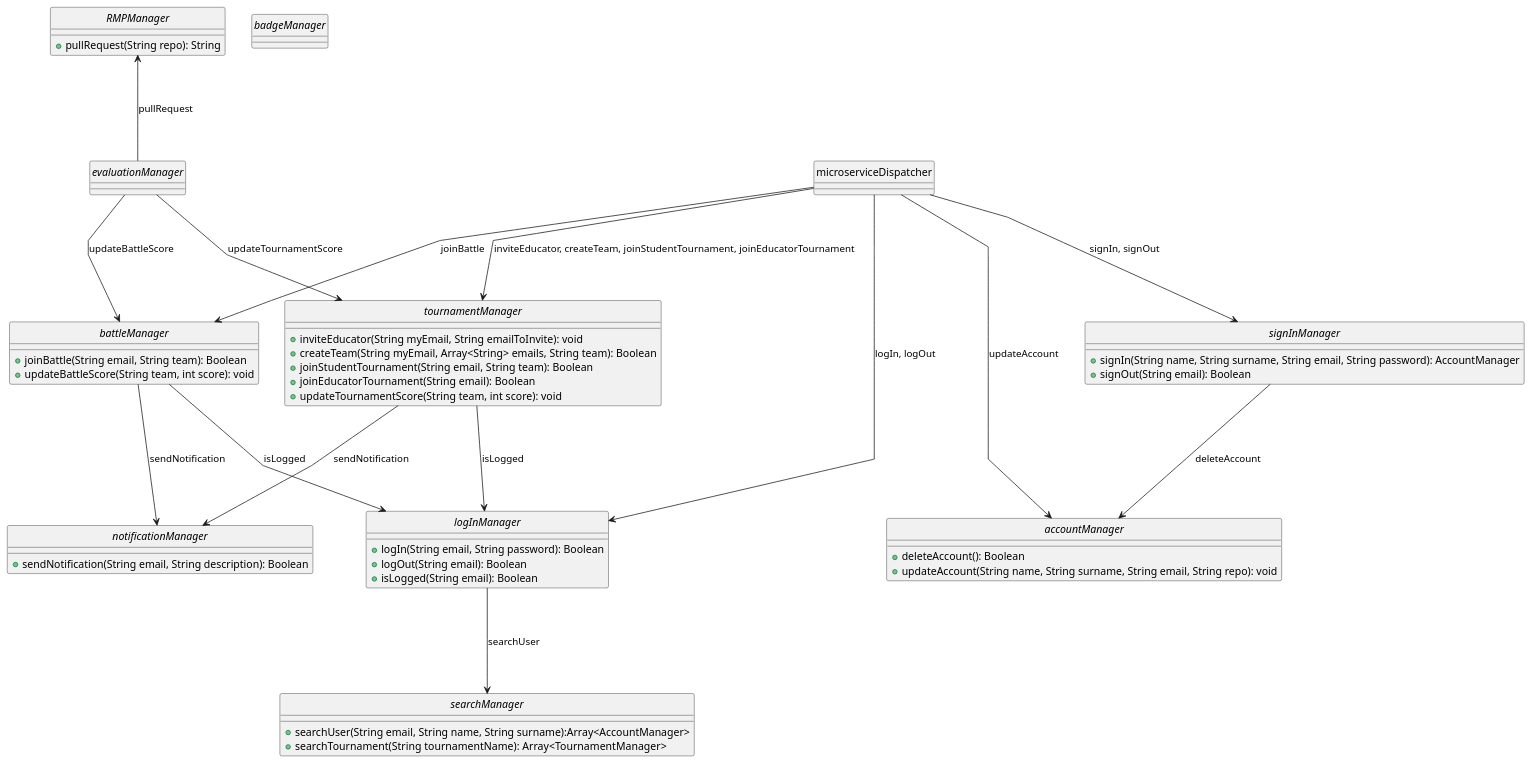
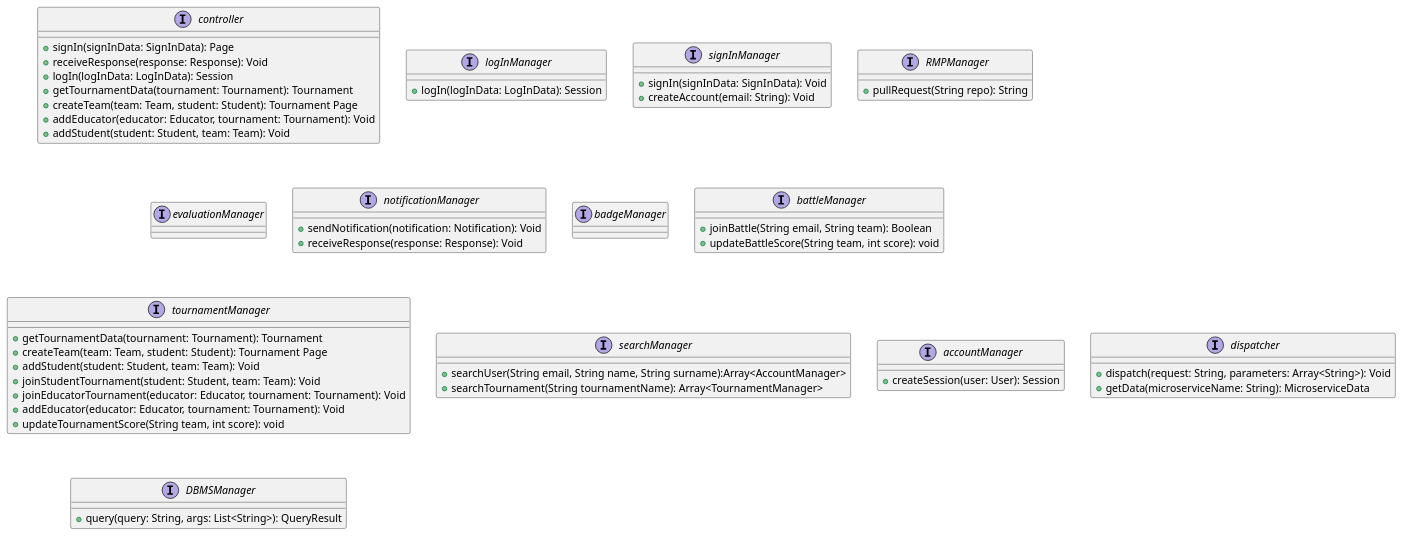
The diagram in _DD/Images/componentInterface/componentInterface.wsd (Angelo7672/SE2_Requirement-and-Design-Document), drawn with PlantUML before and after one commit. The commit also changed 7 other files, not shown here.

Commit message:
component Interface diagram update. uc3 uc4 RASD fix

```diff
--- a/_DD/Images/componentInterface/componentInterface.wsd
+++ b/_DD/Images/componentInterface/componentInterface.wsd
@@ -1,74 +1,87 @@
 @startuml
 
-skinparam linetype polyline
-class microserviceDispatcher{}
+'skinparam linetype polyline
+
+interface controller{
+    + signIn(signInData: SignInData): Page
+    + receiveResponse(response: Response): Void
+    + logIn(logInData: LogInData): Session
+    + getTournamentData(tournament: Tournament): Tournament
+    + createTeam(team: Team, student: Student): Tournament Page
+    + addEducator(educator: Educator, tournament: Tournament): Void
+    + addStudent(student: Student, team: Team): Void
+}
+
 interface logInManager{
-    + logIn(String email, String password): Boolean
-    + logOut(String email): Boolean
-    + isLogged(String email): Boolean
+    + logIn(logInData: LogInData): Session
+    '+ logOut(String email): Boolean
+    '+ isLogged(String email): Boolean
 }
+
 interface signInManager{
-    + signIn(String name, String surname, String email, String password): AccountManager
-    + signOut(String email): Boolean
+    + signIn(signInData: SignInData): Void
+    + createAccount(email: String): Void
 }
 interface RMPManager{
     + pullRequest(String repo): String
 }
-interface evaluationManager
+interface evaluationManager{}
 interface notificationManager{
-    + sendNotification(String email, String description): Boolean
+    + sendNotification(notification: Notification): Void
+    + receiveResponse(response: Response): Void
 }
 interface badgeManager
 interface battleManager{
     + joinBattle(String email, String team): Boolean
     + updateBattleScore(String team, int score): void
 }
 interface tournamentManager{
-    + inviteEducator(String myEmail, String emailToInvite): void
-    + createTeam(String myEmail, Array<String> emails, String team): Boolean
-    + joinStudentTournament(String email, String team): Boolean
-    + joinEducatorTournament(String email): Boolean
+    + getTournamentData(tournament: Tournament): Tournament
+    + createTeam(team: Team, student: Student): Tournament Page
+    + addStudent(student: Student, team: Team): Void
+    + joinStudentTournament(student: Student, team: Team): Void
+    + joinEducatorTournament(educator: Educator, tournament: Tournament): Void
+    + addEducator(educator: Educator, tournament: Tournament): Void
     + updateTournamentScore(String team, int score): void
 }
 interface searchManager{
     + searchUser(String email, String name, String surname):Array<AccountManager>
     + searchTournament(String tournamentName): Array<TournamentManager>
 }
 interface accountManager{
-    + deleteAccount(): Boolean
-    + updateAccount(String name, String surname, String email, String repo): void
+    + createSession(user: User): Session
+    '+ updateAccount(String name, String surname, String email, String repo): void
 }
 
-hide microserviceDispatcher circle
-hide logInManager circle
-hide signInManager circle
-hide RMPManager circle
-hide evaluationManager circle
-hide notificationManager circle
-hide badgeManager circle
-hide battleManager circle
-hide tournamentManager circle
-hide searchManager circle
-hide accountManager circle
+interface dispatcher{
+    + dispatch(request: String, parameters: Array<String>): Void
+    + getData(microserviceName: String): MicroserviceData
+}
 
-microserviceDispatcher ---> signInManager: signIn, signOut
-microserviceDispatcher ---> logInManager: logIn, logOut
-microserviceDispatcher ---> accountManager: updateAccount
-microserviceDispatcher ---> tournamentManager: inviteEducator, createTeam, joinStudentTournament, joinEducatorTournament
-microserviceDispatcher ---> battleManager: joinBattle
-signInManager ---> accountManager: deleteAccount
-logInManager ---> searchManager: searchUser
-tournamentManager ---> logInManager: isLogged
-tournamentManager ---> notificationManager: sendNotification
-battleManager ---> logInManager: isLogged
-battleManager ---> notificationManager: sendNotification
-evaluationManager ---> battleManager: updateBattleScore
-evaluationManager ---> tournamentManager: updateTournamentScore
-RMPManager <--- evaluationManager: pullRequest
+interface DBMSManager{
+    + query(query: String, args: List<String>): QueryResult
+}
+
+
+
+'microserviceDispatcher ---> signInManager: signIn, signOut
+'microserviceDispatcher ---> logInManager: logIn, logOut
+'microserviceDispatcher ---> accountManager: updateAccount
+'microserviceDispatcher ---> tournamentManager: inviteEducator, createTeam, joinStudentTournament, joinEducatorTournament
+'microserviceDispatcher ---> battleManager: joinBattle
+'signInManager ---> accountManager: deleteAccount
+'logInManager ---> searchManager: searchUser
+'tournamentManager ---> logInManager: isLogged
+'tournamentManager ---> notificationManager: sendNotification
+'battleManager ---> logInManager: isLogged
+'battleManager ---> notificationManager: sendNotification
+'evaluationManager ---> battleManager: updateBattleScore
+'evaluationManager ---> tournamentManager: updateTournamentScore
+'RMPManager <--- evaluationManager: pullRequest
 
 
 
 
 
 
 @enduml
```
